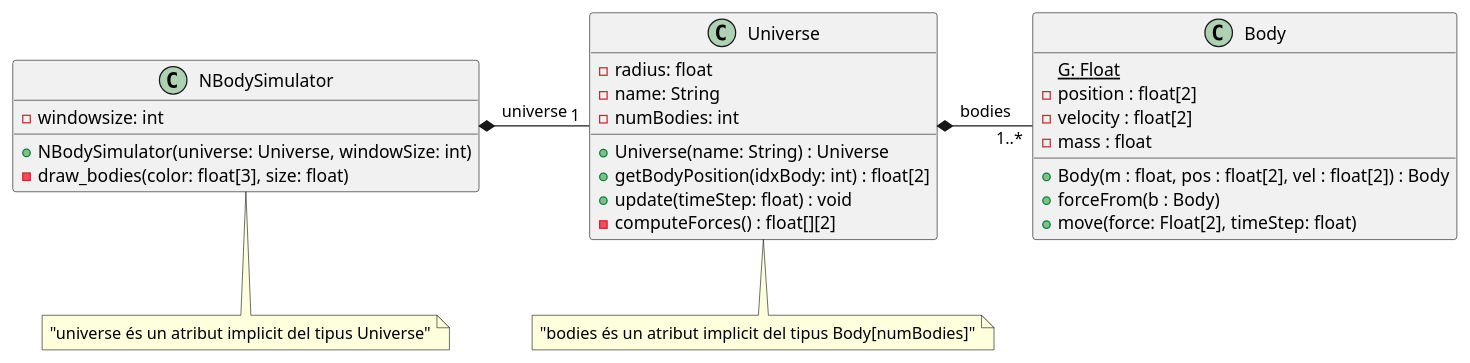
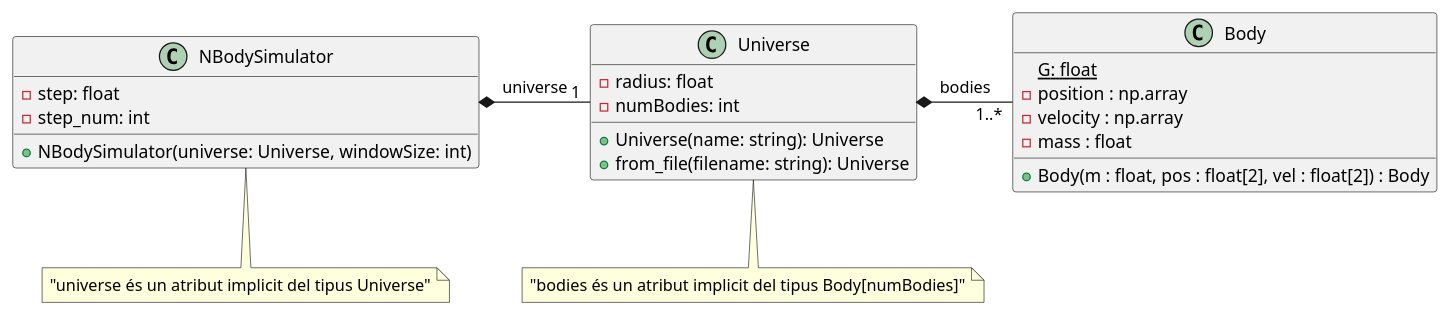
The diagram in Exercicis/Exercici 1/main.puml (NIU1752648/POO), drawn with PlantUML before and after one commit. The commit also changed 1 other file, not shown here.

```diff
--- a/Exercicis/Exercici 1/main.puml
+++ b/Exercicis/Exercici 1/main.puml
@@ -1,35 +1,30 @@
 @startuml
 
 class NBodySimulator {
--windowsize: int
+-step: float
+-step_num: int
 +NBodySimulator(universe: Universe, windowSize: int)
--draw_bodies(color: float[3], size: float)
 }
 
 class Universe {
 -radius: float
--name: String
 -numBodies: int
-+Universe(name: String) : Universe
-+getBodyPosition(idxBody: int) : float[2]
-+update(timeStep: float) : void
--computeForces() : float[][2]
++Universe(name: string): Universe
++from_file(filename: string): Universe
 }
 
 class Body {
-{static} G: Float
--position : float[2]
--velocity : float[2]
+{static} G: float
+-position : np.array
+-velocity : np.array
 -mass : float
 +Body(m : float, pos : float[2], vel : float[2]) : Body
-+forceFrom(b : Body)
-+move(force: Float[2], timeStep: float)
 }
 
 note bottom of NBodySimulator: "universe és un atribut implicit del tipus Universe"
 note bottom of Universe: "bodies és un atribut implicit del tipus Body[numBodies]"
 
 Universe "   1" -left-* NBodySimulator: universe
 Body "1..*" -left-* Universe: bodies
 
 @enduml
```
